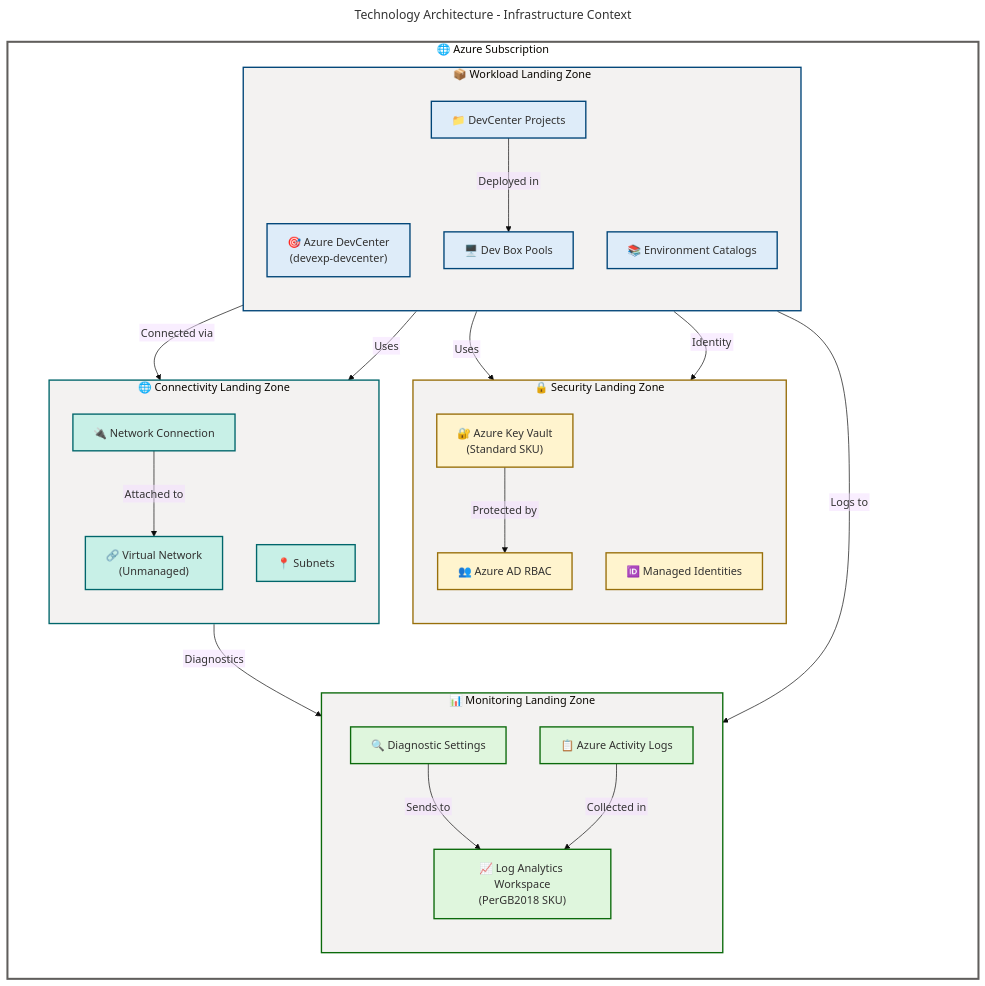
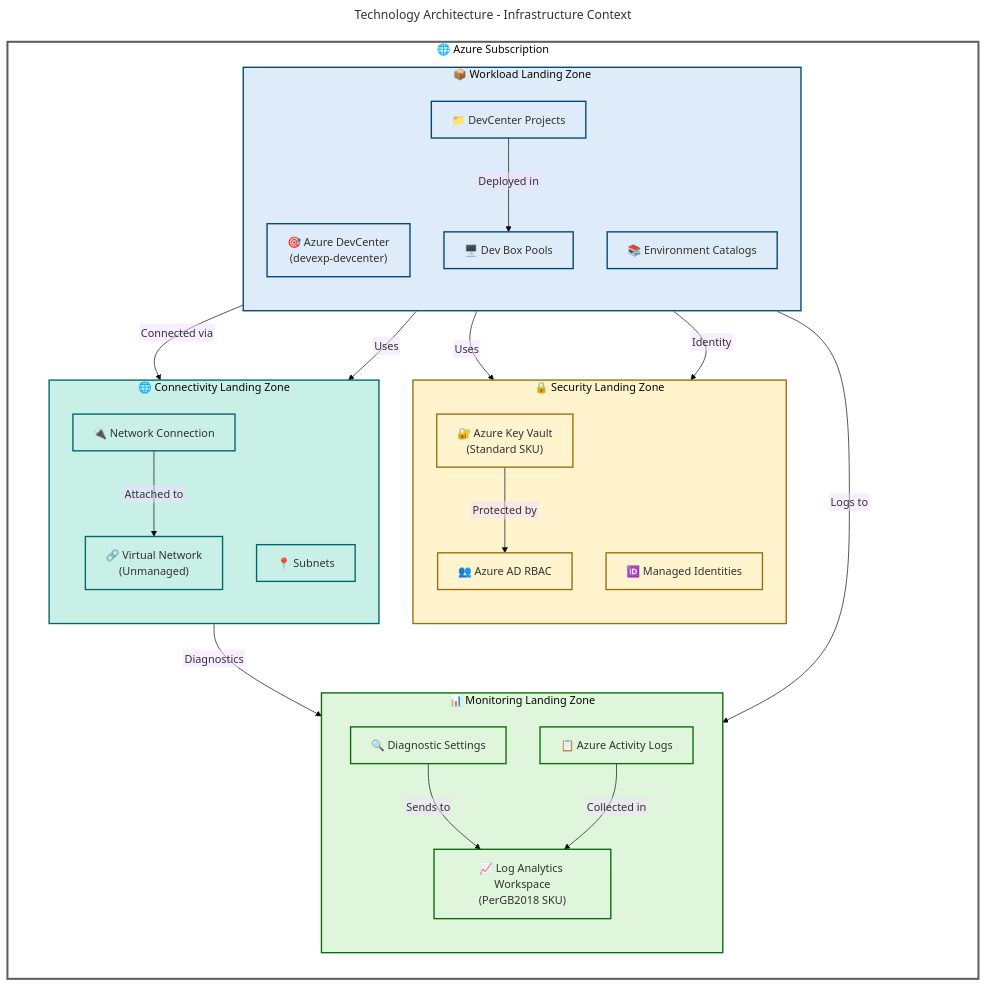
Before and after one commit to Evilazaro/DevExp-DevBox: the first of 4 diagrams in docs/architecture/Technology-Architecture.md, drawn with Mermaid. The commit also changed other lines of this file and 1 other file, not shown here.

Commit message:
fix: update flowchart colors for semantic clarity in architecture documentation

````diff
--- a/docs/architecture/Technology-Architecture.md
+++ b/docs/architecture/Technology-Architecture.md
@@ -209,9 +209,10 @@
     classDef neutralGrey fill:#F3F2F1,stroke:#605E5C,stroke-width:2px,color:#323130
 
     %% Subgraph styling (5 subgraphs = 5 style directives) - MANDATORY per GATE-2
+    %% CRITICAL: Functional siblings use semantic colors matching content purpose
     style AzureSubscription fill:#FFFFFF,stroke:#605E5C,stroke-width:3px
-    style WorkloadLZ fill:#F3F2F1,stroke:#004578,stroke-width:2px
-    style SecurityLZ fill:#F3F2F1,stroke:#986F0B,stroke-width:2px
-    style MonitoringLZ fill:#F3F2F1,stroke:#0B6A0B,stroke-width:2px
-    style ConnectivityLZ fill:#F3F2F1,stroke:#00666B,stroke-width:2px
+    style WorkloadLZ fill:#DEECF9,stroke:#004578,stroke-width:2px
+    style SecurityLZ fill:#FFF4CE,stroke:#986F0B,stroke-width:2px
+    style MonitoringLZ fill:#DFF6DD,stroke:#0B6A0B,stroke-width:2px
+    style ConnectivityLZ fill:#C8F0E7,stroke:#00666B,stroke-width:2px
 ```
````
